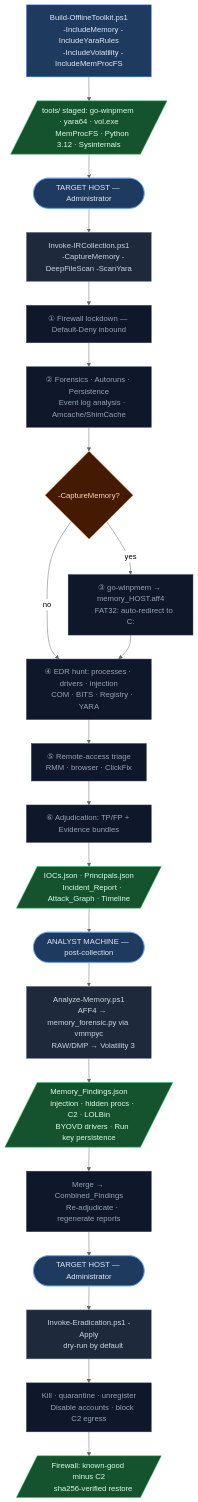
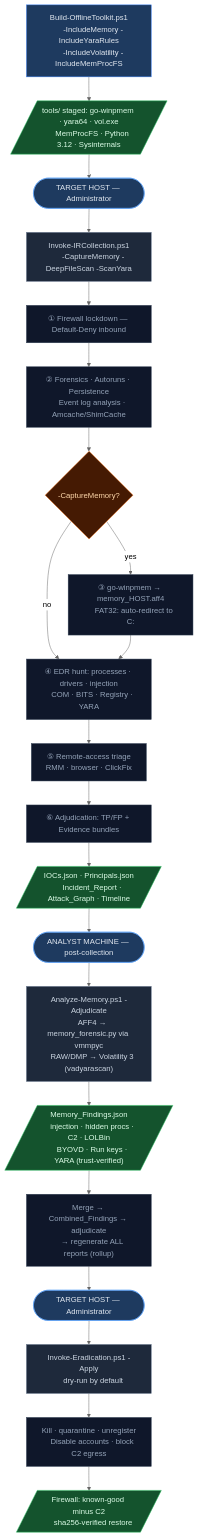
Before and after one commit to robert-iw3/ir_toolkit: the diagram in WORKFLOW-WINDOWS.md, drawn with Mermaid (neutral theme). The commit also changed other lines of this file and 29 other files, not shown here.

````diff
--- a/WORKFLOW-WINDOWS.md
+++ b/WORKFLOW-WINDOWS.md
@@ -12,51 +12,51 @@
 ```mermaid
 flowchart TD
     A1["Build-OfflineToolkit.ps1
     -IncludeMemory -IncludeYaraRules
     -IncludeVolatility -IncludeMemProcFS"]:::prep
     A1 --> A2[/"tools/ staged: go-winpmem · yara64 · vol.exe
     MemProcFS · Python 3.12 · Sysinternals"/]:::artifact
 
     A2 --> B0(["TARGET HOST — Administrator"]):::phase
     B0 --> B1["Invoke-IRCollection.ps1
     -CaptureMemory -DeepFileScan -ScanYara"]:::tool
     B1 --> B2["① Firewall lockdown — Default-Deny inbound"]:::step
     B2 --> B3["② Forensics · Autoruns · Persistence
     Event log analysis · Amcache/ShimCache"]:::step
     B3 --> B4{"-CaptureMemory?"}:::decision
     B4 -->|yes| B5["③ go-winpmem → memory_HOST.aff4
     FAT32: auto-redirect to C:"]:::step
     B4 -->|no| B6
     B5 --> B6["④ EDR hunt: processes · drivers · injection
     COM · BITS · Registry · YARA"]:::step
     B6 --> B7["⑤ Remote-access triage
     RMM · browser · ClickFix"]:::step
     B7 --> B8["⑥ Adjudication: TP/FP + Evidence bundles"]:::step
     B8 --> B9[/"IOCs.json · Principals.json
     Incident_Report · Attack_Graph · Timeline"/]:::artifact
 
     B9 --> C0(["ANALYST MACHINE — post-collection"]):::phase
-    C0 --> C1["Analyze-Memory.ps1
+    C0 --> C1["Analyze-Memory.ps1 -Adjudicate
     AFF4 → memory_forensic.py via vmmpyc
-    RAW/DMP → Volatility 3"]:::tool
+    RAW/DMP → Volatility 3 (vadyarascan)"]:::tool
     C1 --> C2[/"Memory_Findings.json
     injection · hidden procs · C2 · LOLBin
-    BYOVD drivers · Run key persistence"/]:::artifact
-    C2 --> C3["Merge → Combined_Findings
-    Re-adjudicate · regenerate reports"]:::step
+    BYOVD · Run keys · YARA (trust-verified)"/]:::artifact
+    C2 --> C3["Merge → Combined_Findings → adjudicate
+    → regenerate ALL reports (rollup)"]:::step
 
     C3 --> D0(["TARGET HOST — Administrator"]):::phase
     D0 --> D1["Invoke-Eradication.ps1 -Apply
     dry-run by default"]:::tool
     D1 --> D2["Kill · quarantine · unregister
     Disable accounts · block C2 egress"]:::step
     D2 --> D3[/"Firewall: known-good minus C2
     sha256-verified restore"/]:::artifact
 
     classDef prep  fill:#1e3a5f,stroke:#3b82f6,color:#e2e8f0
     classDef phase fill:#1e3a5f,stroke:#60a5fa,color:#e2e8f0,rx:20
     classDef tool  fill:#1e293b,stroke:#64748b,color:#cbd5e1
     classDef step  fill:#0f172a,stroke:#334155,color:#94a3b8
     classDef artifact fill:#14532d,stroke:#22c55e,color:#dcfce7
     classDef decision fill:#451a03,stroke:#f97316,color:#fed7aa
 ```
````
